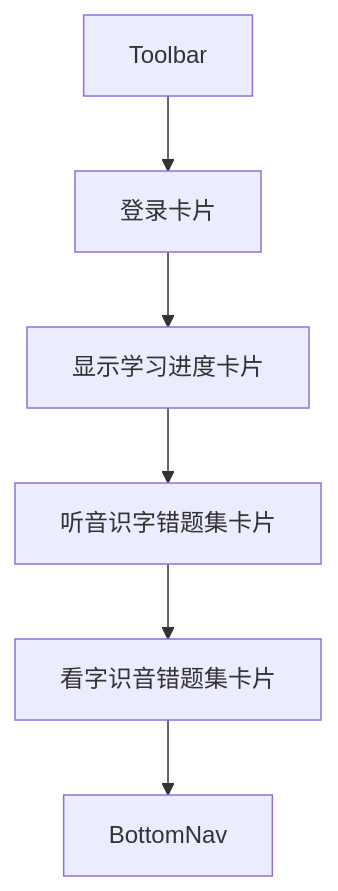
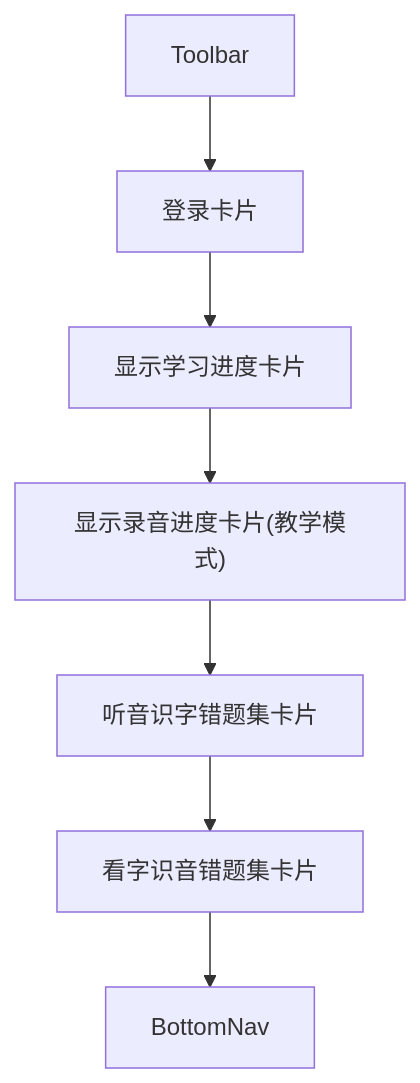
One commit to runmu123/shizi changed the sixth of 12 diagrams in project.md. Above: the diagram before and after it, drawn with Mermaid. The commit also changed other lines of this file and 9 other files, not shown here.

````diff
--- a/project.md
+++ b/project.md
@@ -307,8 +307,9 @@
 ```mermaid
 flowchart TB
     A["Toolbar"] --> B["登录卡片"]
     B --> C["显示学习进度卡片"]
-    C --> D["听音识字错题集卡片"]
-    D --> E["看字识音错题集卡片"]
-    E --> F["BottomNav"]
+    C --> D["显示录音进度卡片(教学模式)"]
+    D --> E["听音识字错题集卡片"]
+    E --> F["看字识音错题集卡片"]
+    F --> G["BottomNav"]
 ```
````
